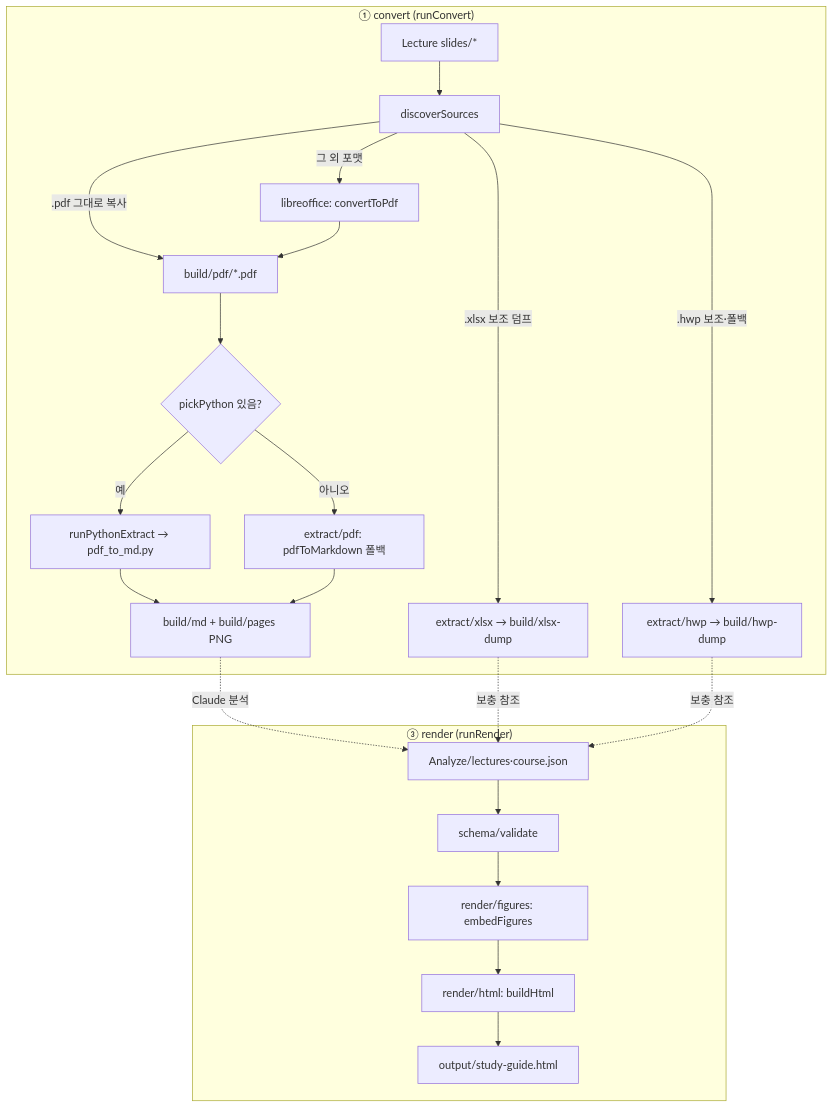
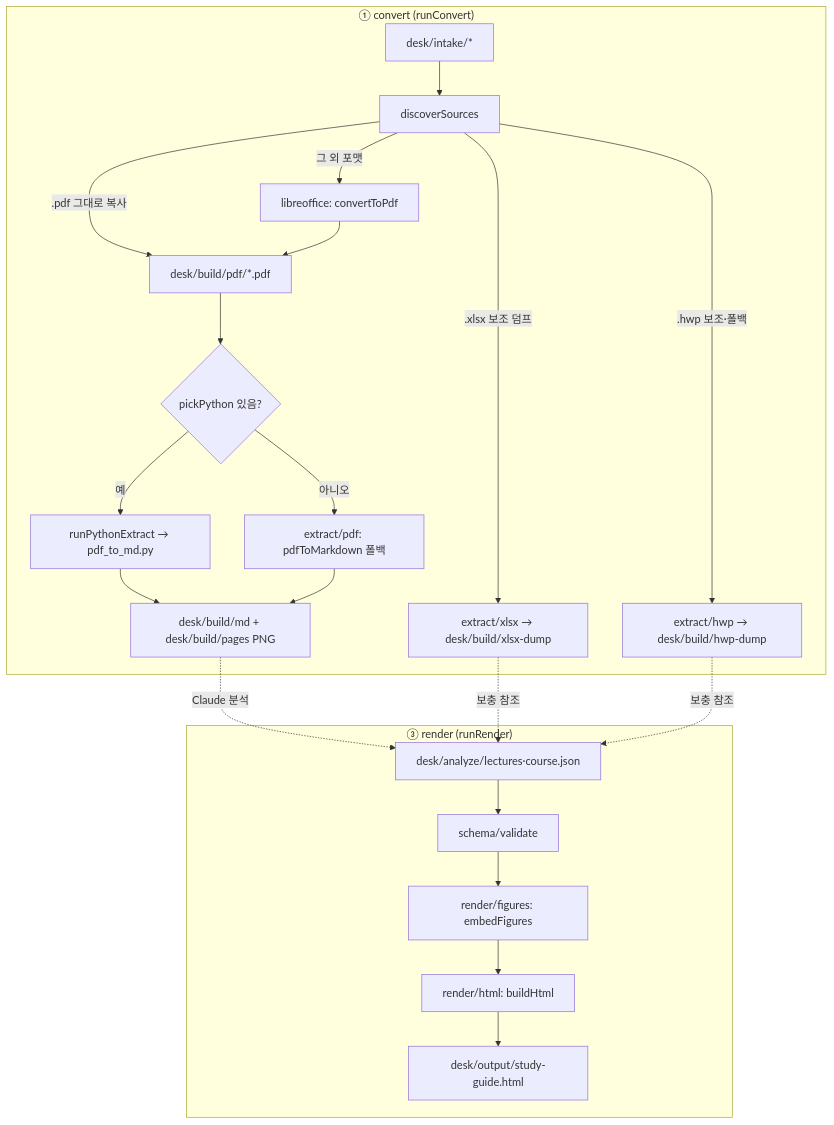
Before and after one commit to lsc892/Examplify: the diagram in docs/wiki/architecture.md, drawn with Mermaid. The commit also changed other lines of this file and 18 other files, not shown here.

First line of the commit message:
작업공간을 desk/ 아래로 재편 (intake·build·analyze·output)

````diff
--- a/docs/wiki/architecture.md
+++ b/docs/wiki/architecture.md
@@ -44,25 +44,25 @@
 ```mermaid
 flowchart TD
   subgraph convert["① convert (runConvert)"]
-    S[Lecture slides/*] --> DISC[discoverSources]
-    DISC -->|.pdf 그대로 복사| PDF[build/pdf/*.pdf]
+    S[desk/intake/*] --> DISC[discoverSources]
+    DISC -->|.pdf 그대로 복사| PDF[desk/build/pdf/*.pdf]
     DISC -->|그 외 포맷| LO[libreoffice: convertToPdf]
     LO --> PDF
-    DISC -->|.xlsx 보조 덤프| XL[extract/xlsx → build/xlsx-dump]
-    DISC -->|.hwp 보조·폴백| HW[extract/hwp → build/hwp-dump]
+    DISC -->|.xlsx 보조 덤프| XL[extract/xlsx → desk/build/xlsx-dump]
+    DISC -->|.hwp 보조·폴백| HW[extract/hwp → desk/build/hwp-dump]
     PDF --> PY{pickPython 있음?}
     PY -->|예| PYX[runPythonExtract → pdf_to_md.py]
     PY -->|아니오| FB[extract/pdf: pdfToMarkdown 폴백]
-    PYX --> MD[build/md + build/pages PNG]
+    PYX --> MD[desk/build/md + desk/build/pages PNG]
     FB --> MD
   end
-  MD -.->|Claude 분석| AJ[Analyze/lectures·course.json]
+  MD -.->|Claude 분석| AJ[desk/analyze/lectures·course.json]
   XL -.->|보충 참조| AJ
   HW -.->|보충 참조| AJ
   subgraph render["③ render (runRender)"]
     AJ --> V[schema/validate]
     V --> FIG[render/figures: embedFigures]
     FIG --> H[render/html: buildHtml]
-    H --> OUT[output/study-guide.html]
+    H --> OUT[desk/output/study-guide.html]
   end
 ```
````
